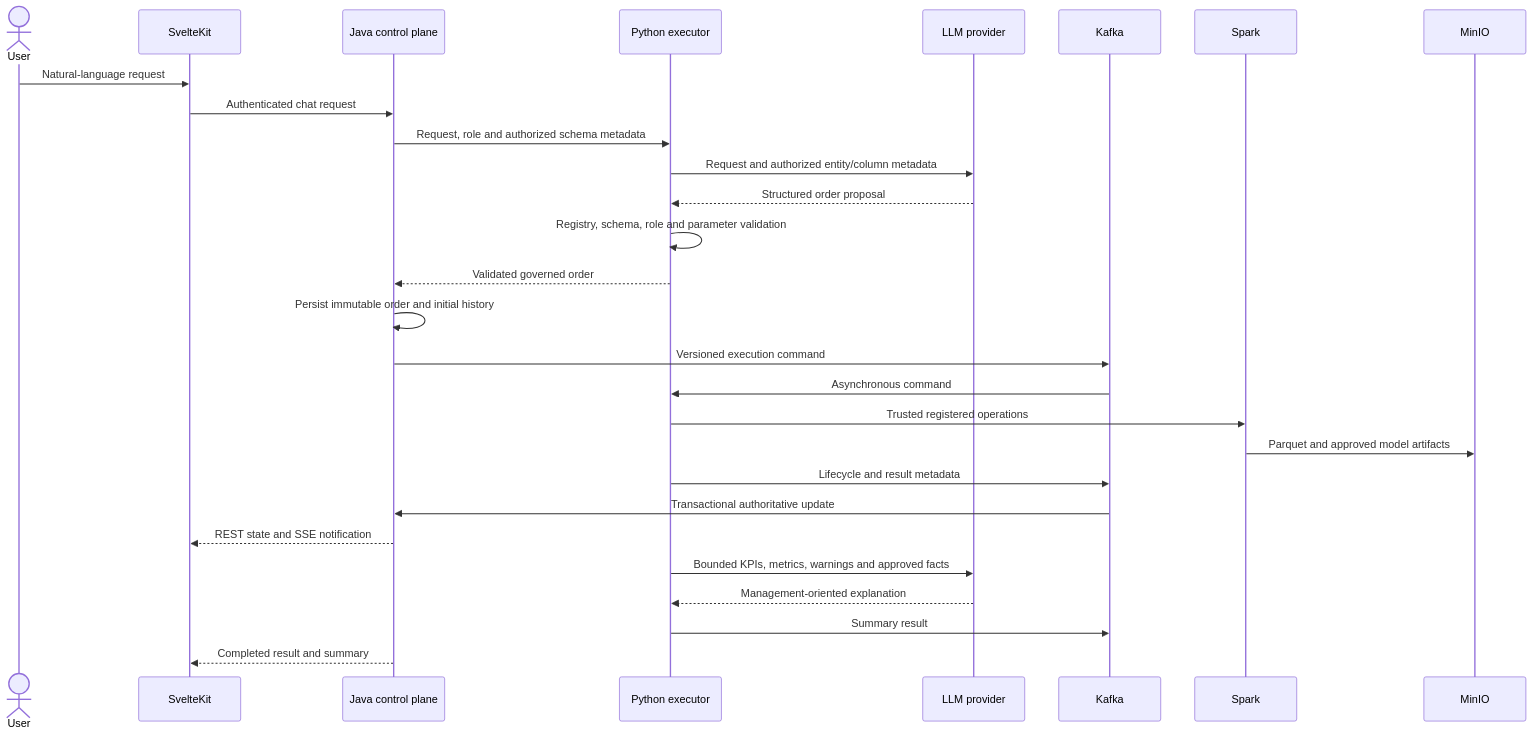
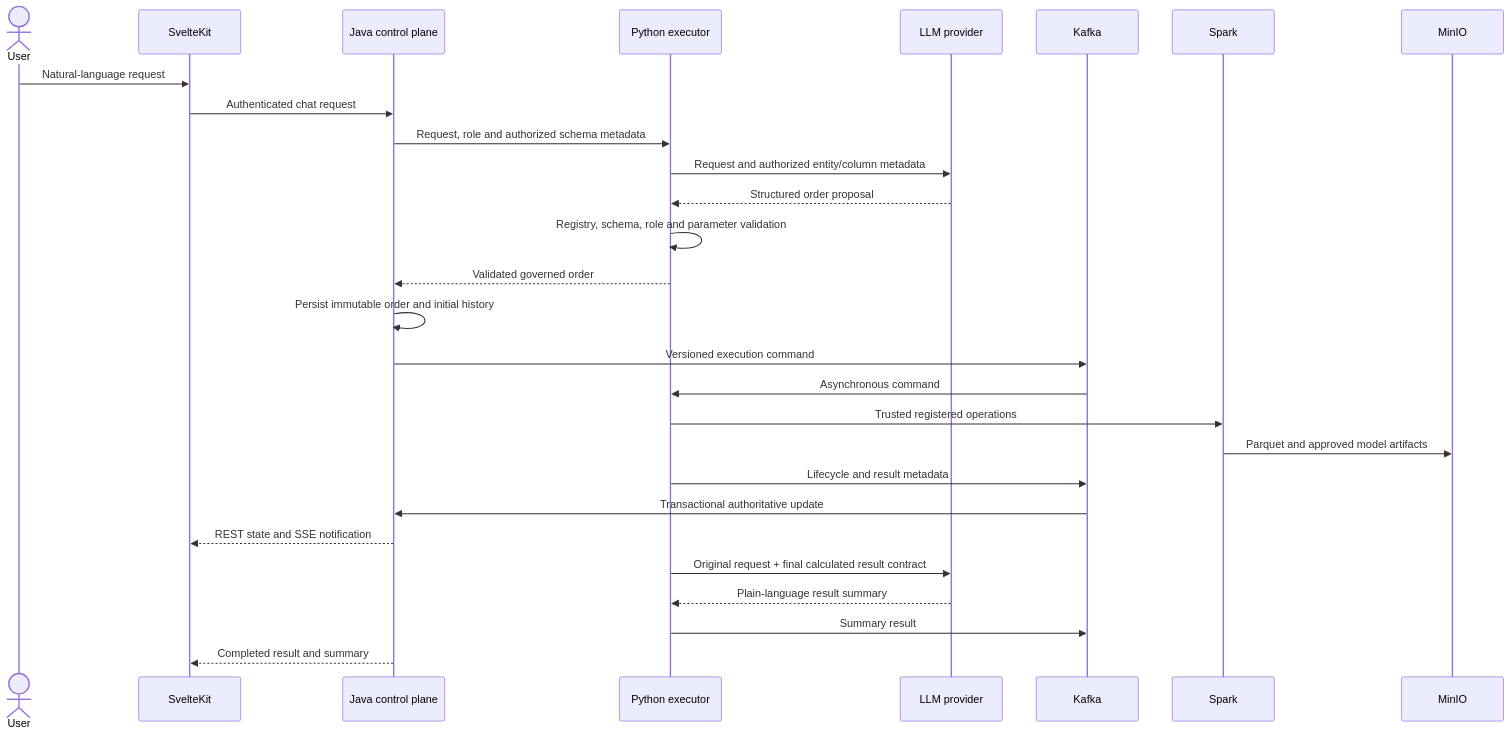
Before and after one commit to egulay/kozmik-lahmacun: the second of 3 diagrams in README.md, drawn with Mermaid. The commit also changed other lines of this file and 13 other files, not shown here.

````diff
--- a/README.md
+++ b/README.md
@@ -133,31 +135,31 @@
 ```mermaid
 sequenceDiagram
     actor User
     participant UI as SvelteKit
     participant Java as Java control plane
     participant Python as Python executor
     participant LLM as LLM provider
     participant Kafka
     participant Spark
     participant MinIO
 
     User->>UI: Natural-language request
     UI->>Java: Authenticated chat request
     Java->>Python: Request, role and authorized schema metadata
     Python->>LLM: Request and authorized entity/column metadata
     LLM-->>Python: Structured order proposal
     Python->>Python: Registry, schema, role and parameter validation
     Python-->>Java: Validated governed order
     Java->>Java: Persist immutable order and initial history
     Java->>Kafka: Versioned execution command
     Kafka->>Python: Asynchronous command
     Python->>Spark: Trusted registered operations
     Spark->>MinIO: Parquet and approved model artifacts
     Python->>Kafka: Lifecycle and result metadata
     Kafka->>Java: Transactional authoritative update
     Java-->>UI: REST state and SSE notification
-    Python->>LLM: Bounded KPIs, metrics, warnings and approved facts
-    LLM-->>Python: Management-oriented explanation
+    Python->>LLM: Original request + final calculated result contract
+    LLM-->>Python: Plain-language result summary
     Python->>Kafka: Summary result
     Java-->>UI: Completed result and summary
 ```
````
